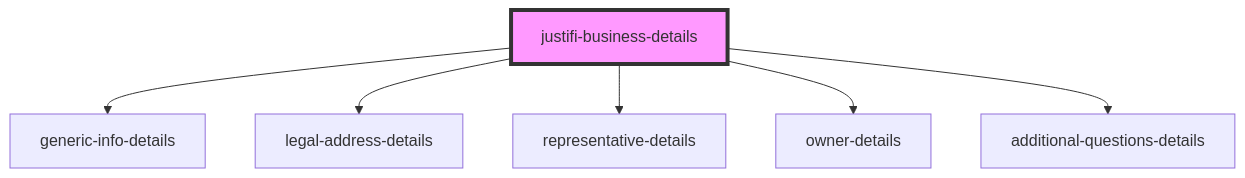
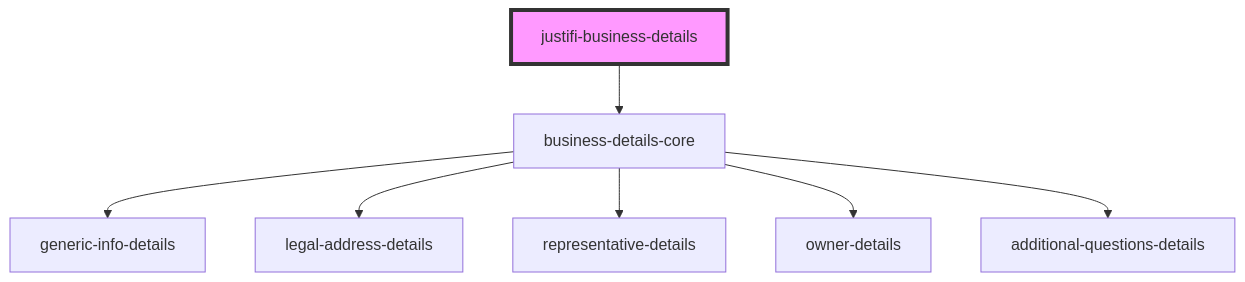
Before and after one commit to justifi-tech/web-component-library: the diagram in packages/webcomponents/src/components/business-details/readme.md, drawn with Mermaid. The commit also changed other lines of this file and 32 other files, not shown here.

````diff
--- a/packages/webcomponents/src/components/business-details/readme.md
+++ b/packages/webcomponents/src/components/business-details/readme.md
@@ -27,9 +30,10 @@
 ```mermaid
 graph TD;
-  justifi-business-details --> generic-info-details
-  justifi-business-details --> legal-address-details
-  justifi-business-details --> representative-details
-  justifi-business-details --> owner-details
-  justifi-business-details --> additional-questions-details
+  justifi-business-details --> business-details-core
+  business-details-core --> generic-info-details
+  business-details-core --> legal-address-details
+  business-details-core --> representative-details
+  business-details-core --> owner-details
+  business-details-core --> additional-questions-details
   style justifi-business-details fill:#f9f,stroke:#333,stroke-width:4px
 ```
````
